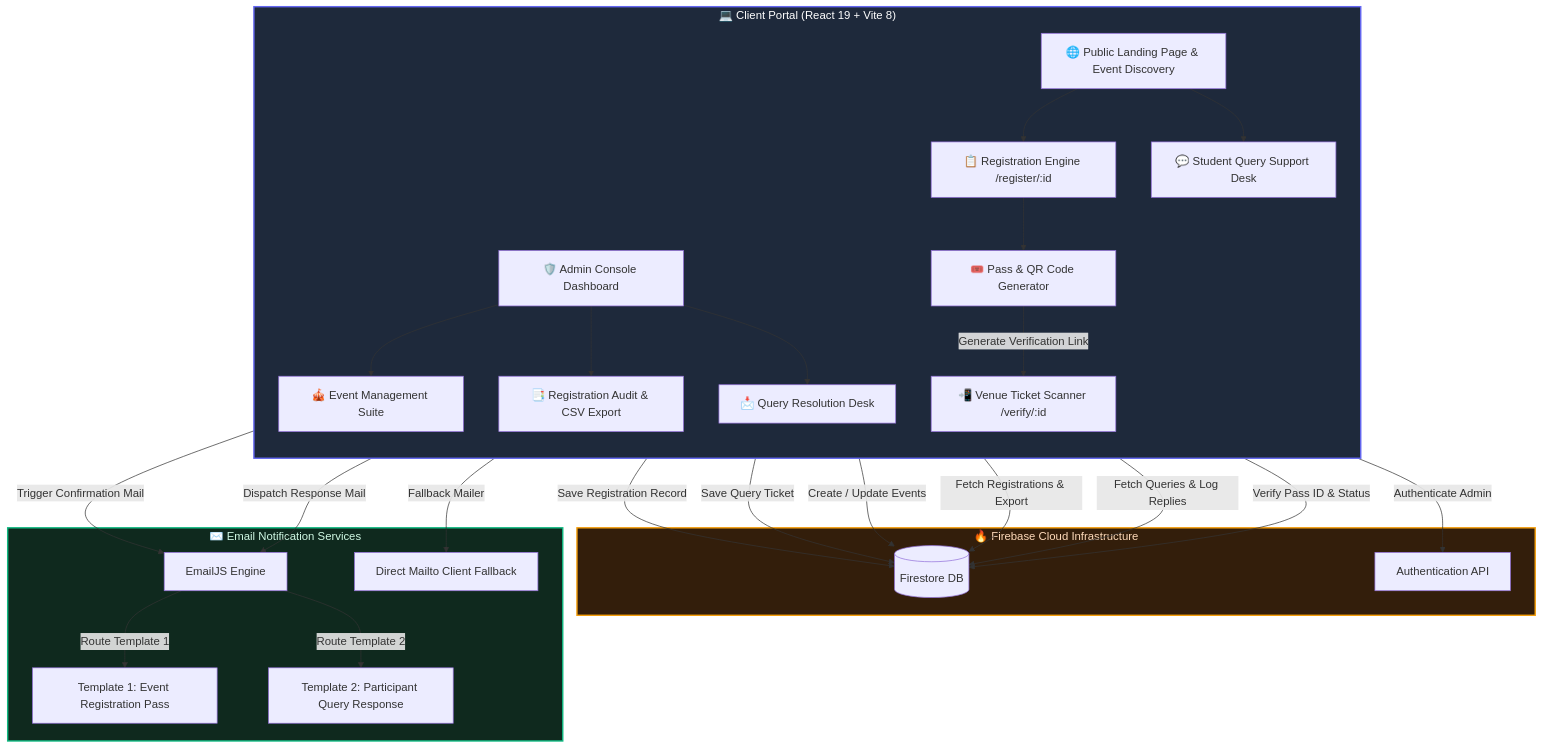
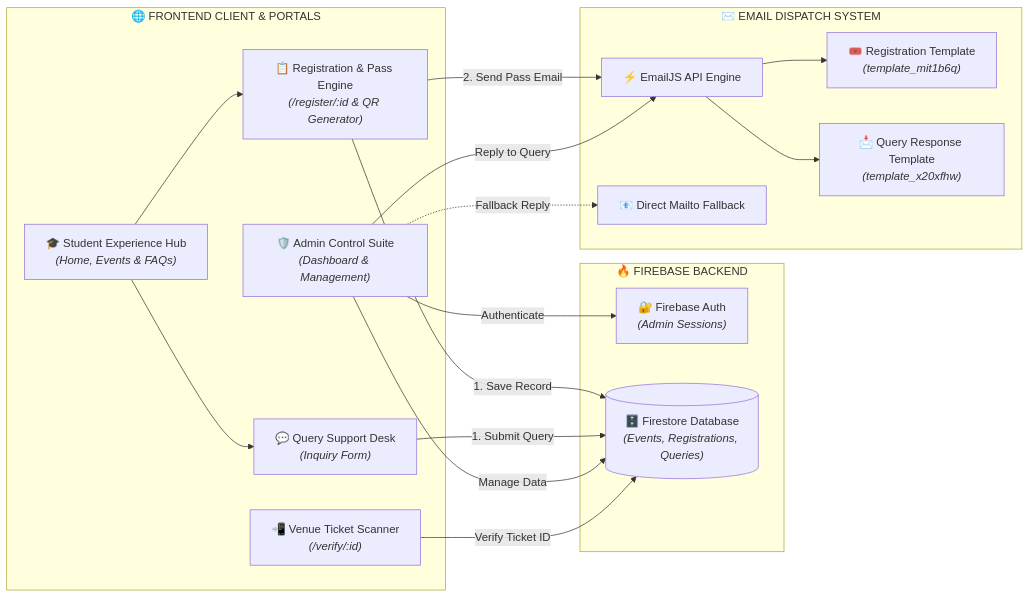
One commit to Mugilan-md/Event-portal changed the diagram in README.md. Above: the diagram before and after it, drawn with Mermaid. The commit also changed other lines of this file, not shown here.

Commit message:
docs: reconstruct system architecture diagram with sleek left-to-right flow layout for optimal GitHub rendering

````diff
--- a/README.md
+++ b/README.md
@@ -31,48 +31,43 @@
 ```mermaid
-flowchart TB
-    subgraph Client ["💻 Client Portal (React 19 + Vite 8)"]
-        direction TB
-        A[🌐 Public Landing Page & Event Discovery] --> B[📋 Registration Engine /register/:id]
-        A --> C[💬 Student Query Support Desk]
-        B --> D[🎟️ Pass & QR Code Generator]
-        E[🛡️ Admin Console Dashboard] --> F[🎪 Event Management Suite]
-        E --> G[📑 Registration Audit & CSV Export]
-        E --> H[📩 Query Resolution Desk]
-        I[📲 Venue Ticket Scanner /verify/:id]
+graph LR
+    %% User Interfaces & Entrypoints
+    subgraph UI ["🌐 FRONTEND CLIENT & PORTALS"]
+        STUDENT["🎓 Student Experience Hub<br/><i>(Home, Events & FAQs)</i>"]
+        REG_FORM["📋 Registration & Pass Engine<br/><i>(/register/:id & QR Generator)</i>"]
+        QUERY_DESK["💬 Query Support Desk<br/><i>(Inquiry Form)</i>"]
+        ADMIN_PORTAL["🛡️ Admin Control Suite<br/><i>(Dashboard & Management)</i>"]
+        TICKET_SCAN["📲 Venue Ticket Scanner<br/><i>(/verify/:id)</i>"]
     end
 
-    subgraph Firebase ["🔥 Firebase Cloud Infrastructure"]
-        J[(Firestore DB)]
-        K[Authentication API]
+    %% Cloud Backend Infrastructure
+    subgraph BACKEND ["🔥 FIREBASE BACKEND"]
+        FIRE_AUTH["🔐 Firebase Auth<br/><i>(Admin Sessions)</i>"]
+        FIRE_DB[("🗄️ Firestore Database<br/><i>(Events, Registrations, Queries)</i>")]
     end
 
-    subgraph Messaging ["✉️ Email Notification Services"]
-        L[EmailJS Engine]
-        M[Template 1: Event Registration Pass]
-        N[Template 2: Participant Query Response]
-        O[Direct Mailto Client Fallback]
+    %% Messaging & Dispatch Services
+    subgraph MAIL ["✉️ EMAIL DISPATCH SYSTEM"]
+        EMAILJS["⚡ EmailJS API Engine"]
+        TPL_REG["🎟️ Registration Template<br/><i>(template_mit1b6q)</i>"]
+        TPL_QUERY["📩 Query Response Template<br/><i>(template_x20xfhw)</i>"]
+        MAILTO["📧 Direct Mailto Fallback"]
     end
 
-    %% Flow Connections
-    B -->|Save Registration Record| J
-    B -->|Trigger Confirmation Mail| L
-    C -->|Save Query Ticket| J
-    D -->|Generate Verification Link| I
-    E -->|Authenticate Admin| K
-    F -->|Create / Update Events| J
-    G -->|Fetch Registrations & Export| J
-    H -->|Fetch Queries & Log Replies| J
-    H -->|Dispatch Response Mail| L
-    L -->|Route Template 1| M
-    L -->|Route Template 2| N
-    H -->|Fallback Mailer| O
-    I -->|Verify Pass ID & Status| J
+    %% Workflow Connections
+    STUDENT --> REG_FORM
+    STUDENT --> QUERY_DESK
+    
+    REG_FORM -->|1. Save Record| FIRE_DB
+    REG_FORM -->|2. Send Pass Email| EMAILJS
+    QUERY_DESK -->|1. Submit Query| FIRE_DB
 
-    %% Styling
-    classDef clientStyle fill:#1E293B,stroke:#6366F1,stroke-width:2px,color:#FFFFFF
-    classDef firebaseStyle fill:#331E0B,stroke:#F59E0B,stroke-width:2px,color:#FFDBBB
-    classDef emailStyle fill:#0F291E,stroke:#10B981,stroke-width:2px,color:#D1FAE5
-    class Client clientStyle
-    class Firebase firebaseStyle
-    class Messaging emailStyle
+    ADMIN_PORTAL -->|Authenticate| FIRE_AUTH
+    ADMIN_PORTAL -->|Manage Data| FIRE_DB
+    ADMIN_PORTAL -->|Reply to Query| EMAILJS
+    ADMIN_PORTAL -.->|Fallback Reply| MAILTO
+
+    EMAILJS --> TPL_REG
+    EMAILJS --> TPL_QUERY
+
+    TICKET_SCAN -->|Verify Ticket ID| FIRE_DB
 ```
````
